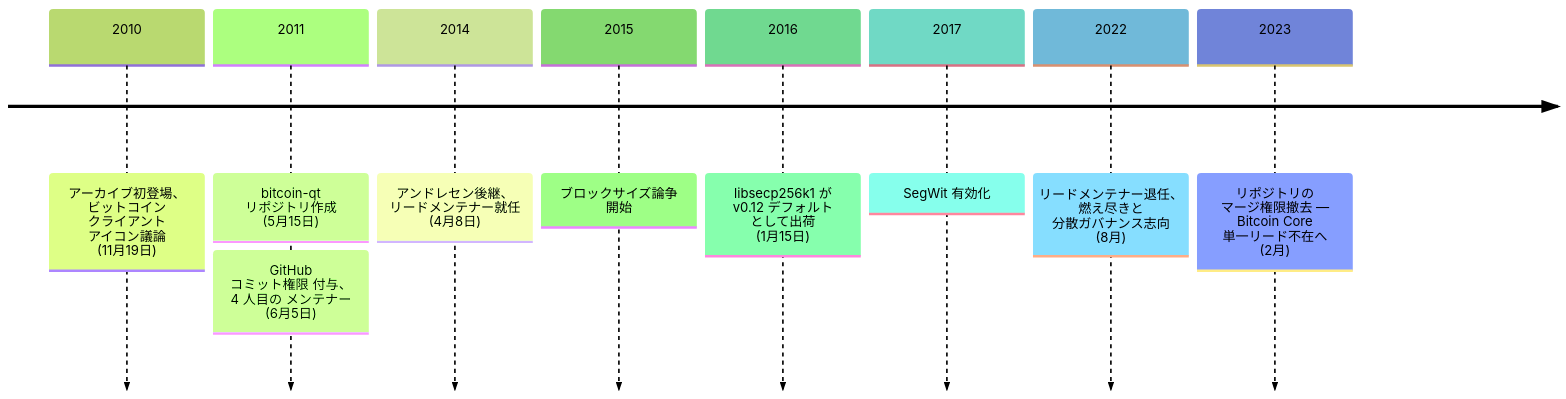
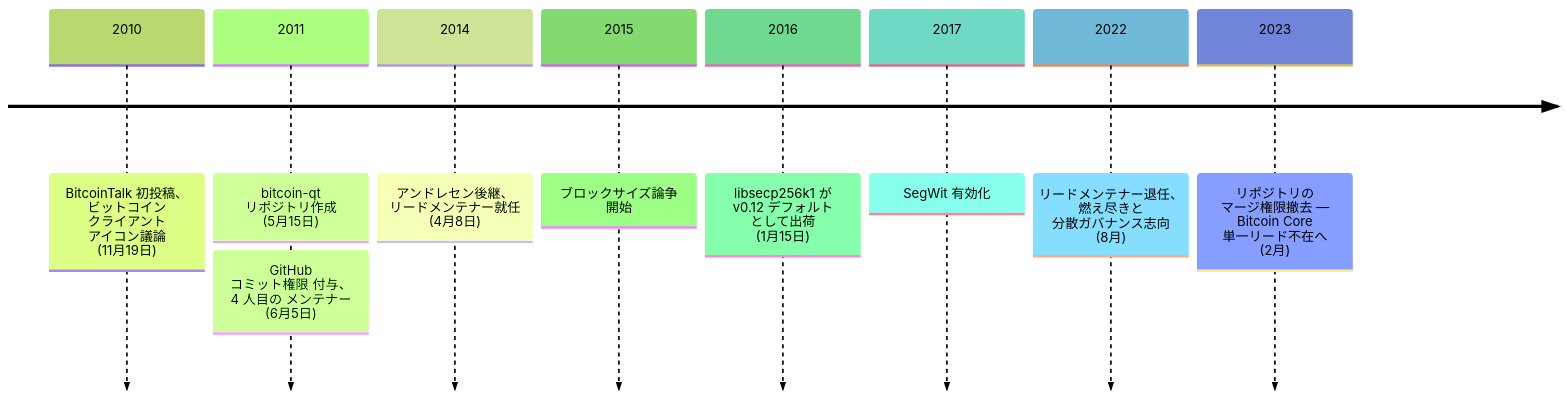
Before and after one commit to cypher256/BitcoinArchive: the diagram in src/data/translations/ja/aftermath/2010-11-19-wladimir-van-der-laan-biography.md, drawn with Mermaid (forest theme). The commit also changed other lines of this file and 14 other files, not shown here.

````diff
--- a/src/data/translations/ja/aftermath/2010-11-19-wladimir-van-der-laan-biography.md
+++ b/src/data/translations/ja/aftermath/2010-11-19-wladimir-van-der-laan-biography.md
@@ -34,14 +34,14 @@
 ```mermaid
 timeline
-    2010 : アーカイブ初登場、 ビットコイン クライアント アイコン議論 (11月19日)
+    2010 : BitcoinTalk 初投稿、 ビットコイン クライアント アイコン議論 (11月19日)
     %% link: /BitcoinArchive/ja/entries/forum/bitcointalk/topic-64/2010-11-19-laanwj-msg22887/
     2011 : bitcoin-qt リポジトリ作成 (5月15日)
          : GitHub コミット権限 付与、 4 人目の メンテナー (6月5日)
     2014 : アンドレセン後継、 リードメンテナー就任 (4月8日)
     2015 : ブロックサイズ論争 開始
     2016 : libsecp256k1 が v0.12 デフォルト として出荷 (1月15日)
     %% link: /BitcoinArchive/ja/entries/aftermath/2016-01-15-libsecp256k1-replaces-openssl-bitcoin-core-v012/
     2017 : SegWit 有効化
     2022 : リードメンテナー退任、 燃え尽きと 分散ガバナンス志向 (8月)
     2023 : リポジトリの マージ権限撤去 — Bitcoin Core 単一リード不在へ (2月)
 ```
````
